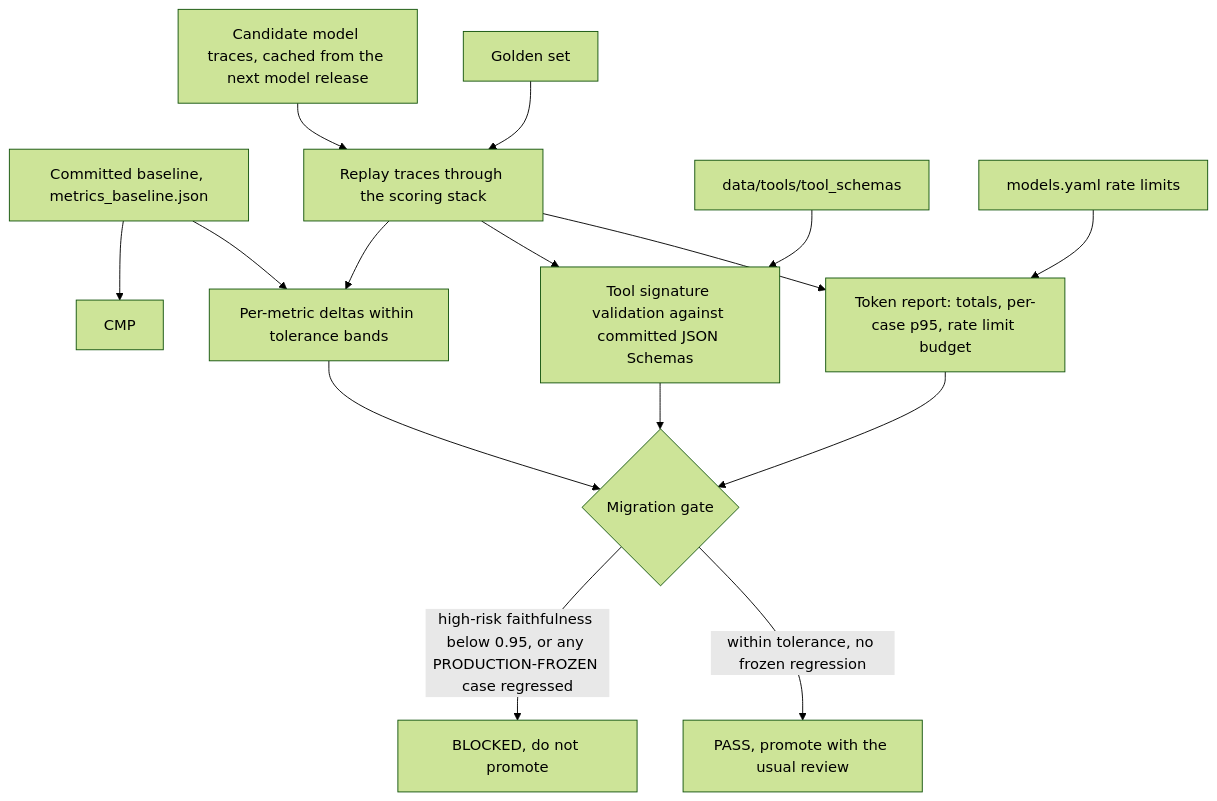
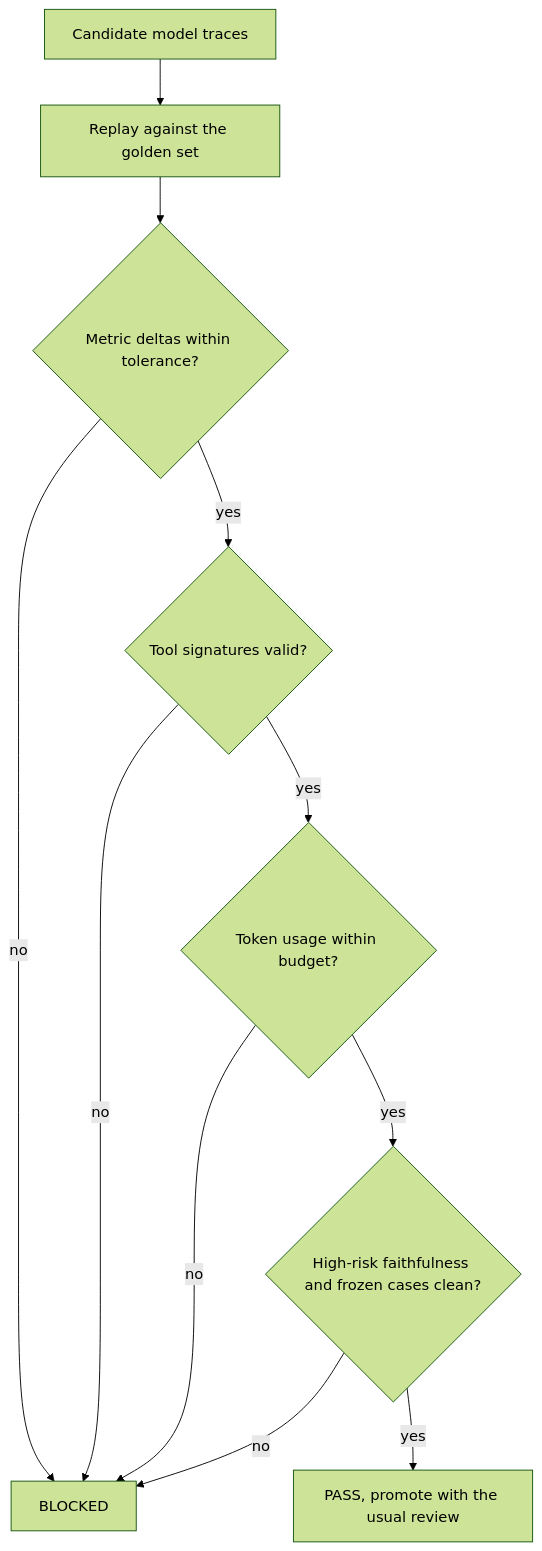
One commit to the-write-path-code/ch15-agentic-cicd changed the diagram in workflow/migration-15-2.mmd. Above: the diagram before and after it, drawn with Mermaid (forest theme). The commit also changed 7 other files, not shown here.

Commit message:
Simplify chapter diagrams, drop the publisher name, remove the stray chapter reference

```diff
--- a/workflow/migration-15-2.mmd
+++ b/workflow/migration-15-2.mmd
@@ -1,15 +1,11 @@
 flowchart TD
-    BASE["Committed baseline, metrics_baseline.json"] --> CMP
-    CAND["Candidate model traces, cached from the next model release"] --> LOAD["Replay traces through the scoring stack"]
-    GOLD["Golden set"] --> LOAD
-    LOAD --> TOL["Per-metric deltas within tolerance bands"]
-    BASE --> TOL
-    LOAD --> SIG["Tool signature validation against committed JSON Schemas"]
-    SCHEMAS["data/tools/tool_schemas"] --> SIG
-    LOAD --> TOK["Token report: totals, per-case p95, rate limit budget"]
-    LIMITS["models.yaml rate limits"] --> TOK
-    TOL --> VERDICT{"Migration gate"}
-    SIG --> VERDICT
-    TOK --> VERDICT
-    VERDICT -- "high-risk faithfulness below 0.95, or any PRODUCTION-FROZEN case regressed" --> FAIL["BLOCKED, do not promote"]
-    VERDICT -- "within tolerance, no frozen regression" --> OK["PASS, promote with the usual review"]
+    A["Candidate model traces"] --> B["Replay against the golden set"]
+    B --> C{"Metric deltas within tolerance?"}
+    C -- no --> X["BLOCKED"]
+    C -- yes --> D{"Tool signatures valid?"}
+    D -- no --> X
+    D -- yes --> E{"Token usage within budget?"}
+    E -- no --> X
+    E -- yes --> F{"High-risk faithfulness and frozen cases clean?"}
+    F -- no --> X
+    F -- yes --> Y["PASS, promote with the usual review"]
```
